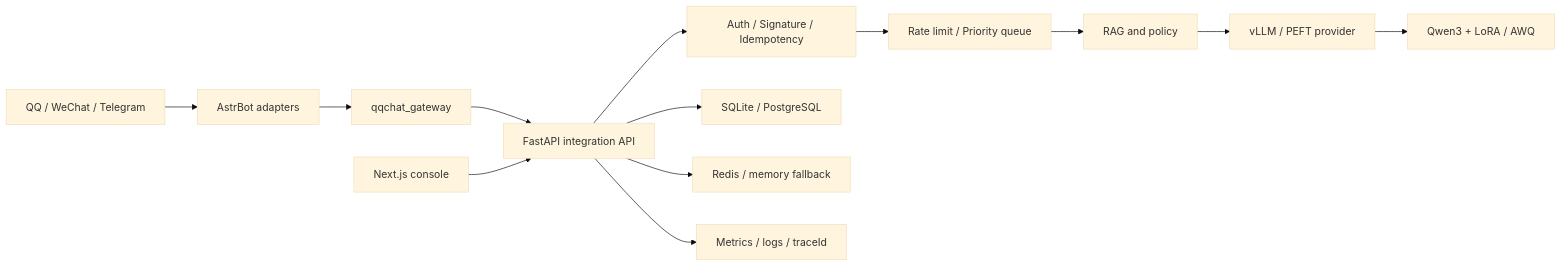
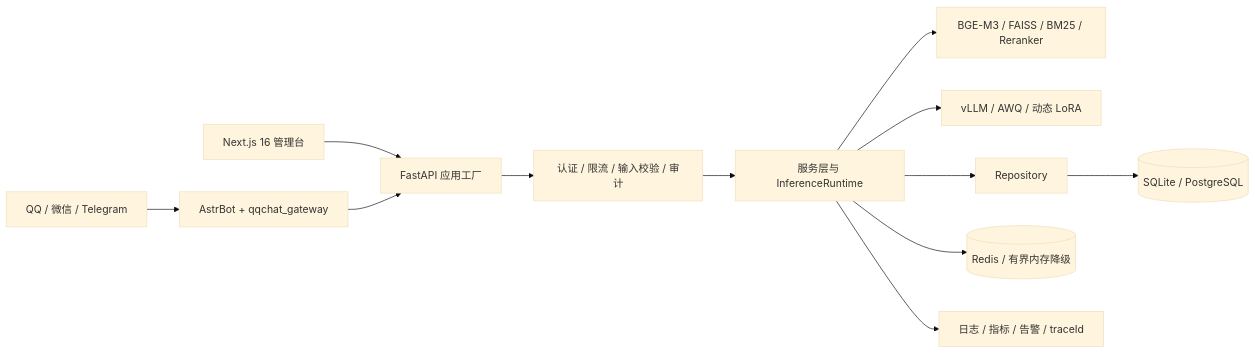
One commit to despaoy/multi-personal-chat changed the diagram in docs/research/POSTGRADUATE_RECOMMENDATION_DEFENSE_PLAYBOOK.md. Above: the diagram before and after it, drawn with Mermaid (base theme). The commit also changed other lines of this file and 34 other files, not shown here.

````diff
--- a/docs/research/POSTGRADUATE_RECOMMENDATION_DEFENSE_PLAYBOOK.md
+++ b/docs/research/POSTGRADUATE_RECOMMENDATION_DEFENSE_PLAYBOOK.md
@@ -97,15 +122,14 @@
 ```mermaid
-graph LR
-    U[QQ / WeChat / Telegram] --> A[AstrBot adapters]
-    A --> G[qqchat_gateway]
-    G --> F[FastAPI integration API]
-    F --> S[Auth / Signature / Idempotency]
-    S --> Q[Rate limit / Priority queue]
-    Q --> R[RAG and policy]
-    R --> V[vLLM / PEFT provider]
-    V --> M[Qwen3 + LoRA / AWQ]
-    F --> D[SQLite / PostgreSQL]
-    F --> C[Redis / memory fallback]
-    F --> O[Metrics / logs / traceId]
-    N[Next.js console] --> F
+flowchart LR
+    IM[QQ / 微信 / Telegram] --> AB[AstrBot + qqchat_gateway]
+    WEB[Next.js 16 管理台] --> API[FastAPI 应用工厂]
+    AB --> API
+    API --> MW[认证 / 限流 / 输入校验 / 审计]
+    MW --> SVC[服务层与 InferenceRuntime]
+    SVC --> RAG[BGE-M3 / FAISS / BM25 / Reranker]
+    SVC --> VLLM[vLLM / AWQ / 动态 LoRA]
+    SVC --> REPO[Repository]
+    REPO --> DB[(SQLite / PostgreSQL)]
+    SVC --> CACHE[(Redis / 有界内存降级)]
+    SVC --> OBS[日志 / 指标 / 告警 / traceId]
 ```
````
